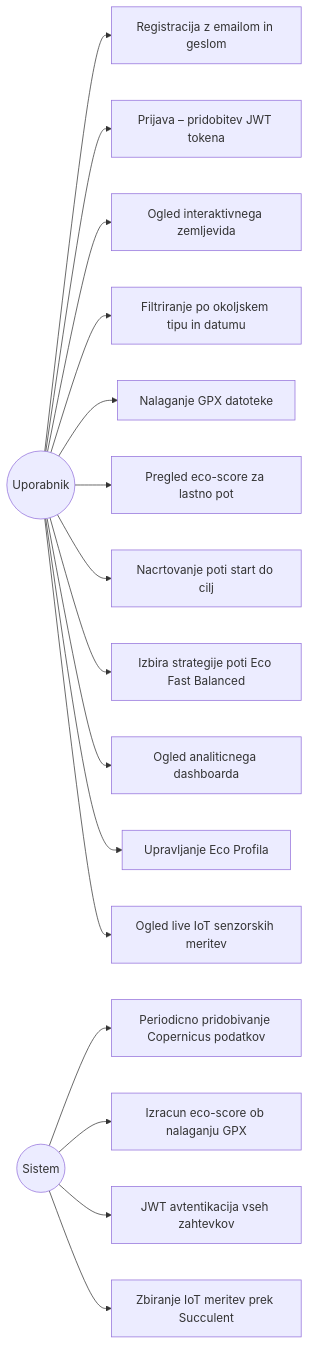
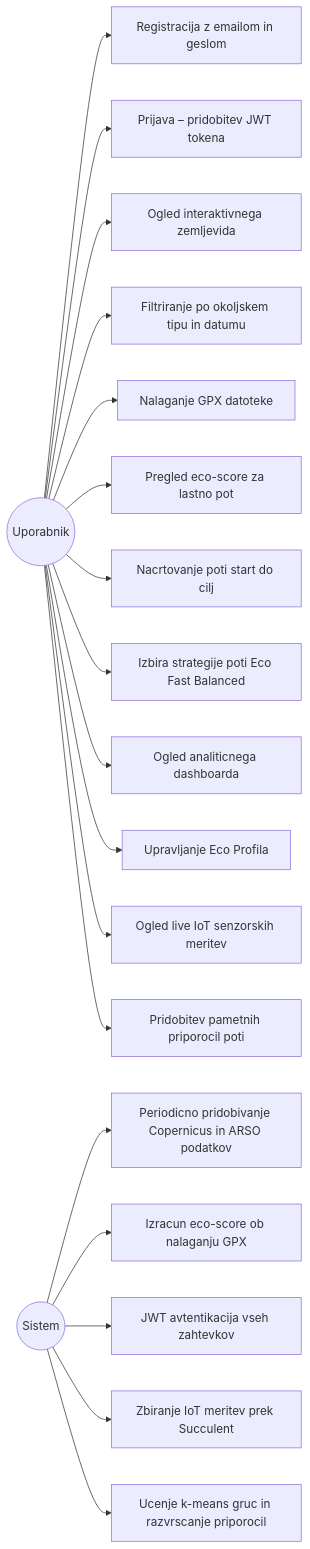
One commit to Lupet007/ecoflow changed the fourth of 10 diagrams in README.md. Above: the diagram before and after it, drawn with Mermaid. The commit also changed other lines of this file, not shown here.

````diff
--- a/README.md
+++ b/README.md
@@ -232,22 +306,24 @@
 ```mermaid
 graph LR
     U((Uporabnik))
     S((Sistem))
 
     U --> UC1[Registracija z emailom in geslom]
     U --> UC2[Prijava – pridobitev JWT tokena]
     U --> UC3[Ogled interaktivnega zemljevida]
     U --> UC4[Filtriranje po okoljskem tipu in datumu]
     U --> UC5[Nalaganje GPX datoteke]
     U --> UC6[Pregled eco-score za lastno pot]
     U --> UC7[Nacrtovanje poti start do cilj]
     U --> UC8[Izbira strategije poti Eco Fast Balanced]
     U --> UC9[Ogled analiticnega dashboarda]
     U --> UC10[Upravljanje Eco Profila]
     U --> UC11[Ogled live IoT senzorskih meritev]
+    U --> UC12[Pridobitev pametnih priporocil poti]
 
-    S --> SYS1[Periodicno pridobivanje Copernicus podatkov]
+    S --> SYS1[Periodicno pridobivanje Copernicus in ARSO podatkov]
     S --> SYS2[Izracun eco-score ob nalaganju GPX]
     S --> SYS3[JWT avtentikacija vseh zahtevkov]
     S --> SYS4[Zbiranje IoT meritev prek Succulent]
+    S --> SYS5[Ucenje k-means gruc in razvrscanje priporocil]
 ```
````
